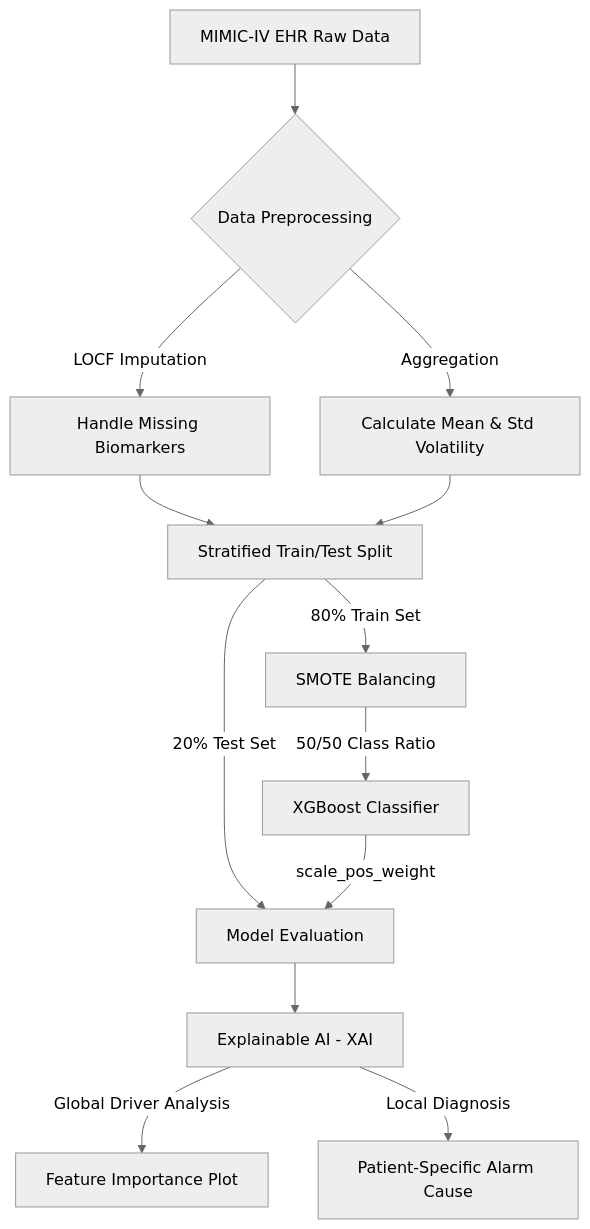
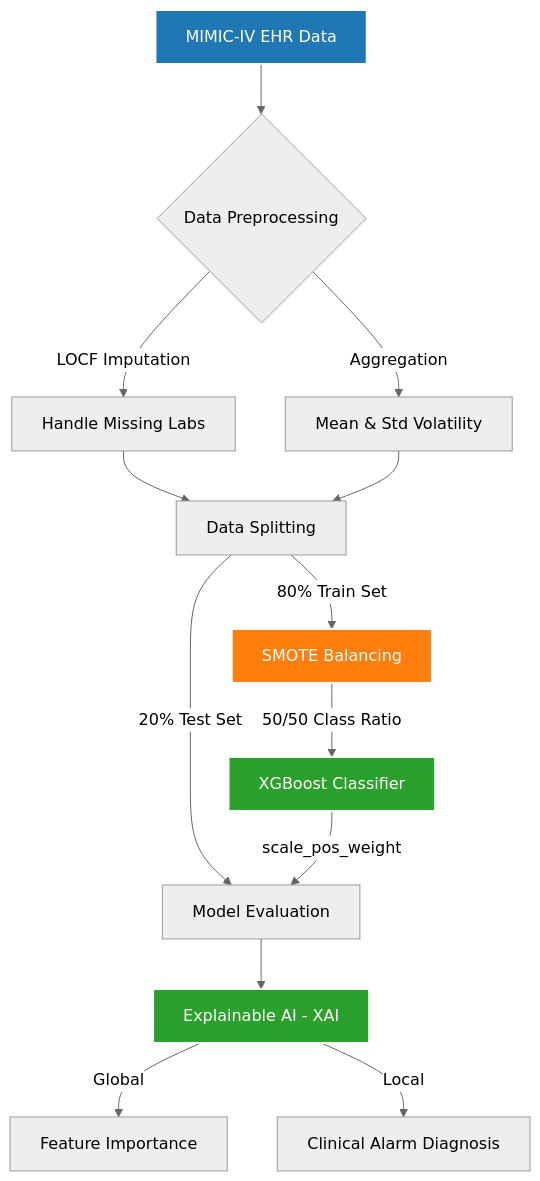
The diagram in README.md (Aswin-1925/Dataset-MIMIC_IV), drawn with Mermaid (neutral theme) before and after one commit. The commit also changed other lines of this file, not shown here.

````diff
--- a/README.md
+++ b/README.md
@@ -47,19 +48,23 @@
 ```mermaid
 graph TD
-    A[MIMIC-IV EHR Raw Data] --> B{Data Preprocessing}
-    B -->|LOCF Imputation| C[Handle Missing Biomarkers]
-    B -->|Aggregation| D[Calculate Mean & Std Volatility]
-    C --> E[Stratified Train/Test Split]
+    A[MIMIC-IV EHR Data] --> B{Data Preprocessing}
+    B -->|LOCF Imputation| C[Handle Missing Labs]
+    B -->|Aggregation| D[Mean & Std Volatility]
+    C --> E[Data Splitting]
     D --> E
     E -->|80% Train Set| F[SMOTE Balancing]
     F -->|50/50 Class Ratio| G[XGBoost Classifier]
     E -->|20% Test Set| H[Model Evaluation]
     G -->|scale_pos_weight| H
     H --> I[Explainable AI - XAI]
-    I -->|Global Driver Analysis| J[Feature Importance Plot]
-    I -->|Local Diagnosis| K[Patient-Specific Alarm Cause]
+    I -->|Global| J[Feature Importance]
+    I -->|Local| K[Clinical Alarm Diagnosis]
     
-    classDef primary fill:#2b3137,stroke:#fff,stroke-width:2px,color:#fff;
-    classDef highlight fill:#0052cc,stroke:#fff,stroke-width:2px,color:#fff;
-    classDef outcome fill:#128a3c,stroke:#fff,stroke-width:2px,color:#fff;
+    classDef primary fill:#1f77b4,stroke:#fff,stroke-width:2px,color:#fff;
+    classDef secondary fill:#ff7f0e,stroke:#fff,stroke-width:2px,color:#fff;
+    classDef highlight fill:#2ca02c,stroke:#fff,stroke-width:2px,color:#fff;
+    
+    class G,I highlight;
+    class A primary;
+    class F secondary;
 ```
````
